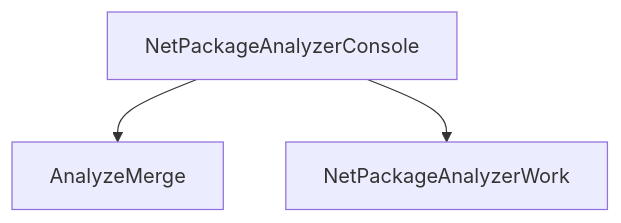
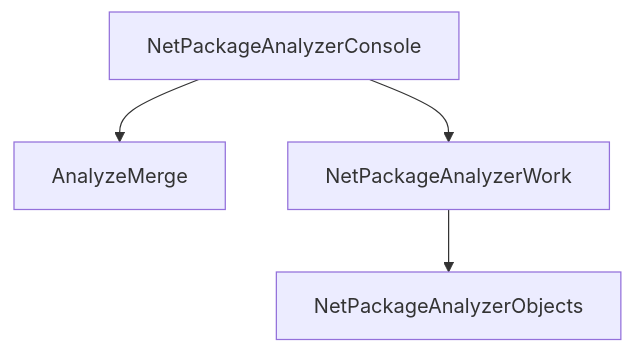
One commit to ignatandrei/PackageAnalyzer changed the second of 2 diagrams in src/documentation/docs/Analysis/NetPackageAnalyzer/ProjectRelation.md. Above: the diagram before and after it, drawn with Mermaid. The commit also changed other lines of this file and 31 other files, not shown here.

````diff
--- a/src/documentation/docs/Analysis/NetPackageAnalyzer/ProjectRelation.md
+++ b/src/documentation/docs/Analysis/NetPackageAnalyzer/ProjectRelation.md
@@ -23,24 +27,35 @@
 ```mermaid
 graph TB
 
 
 
 
 %% start project reference AnalyzeMerge/AnalyzeMerge.csproj
 
 
 
 %% start project reference NetPackageAnalyzerConsole/NetPackageAnalyzerConsole.csproj
 
 
 NetPackageAnalyzerConsole-->AnalyzeMerge
 
 
 NetPackageAnalyzerConsole-->NetPackageAnalyzerWork
 
 
 
+%% start project reference NetPackageAnalyzerDocusaurus/NetPackageAnalyzerDocusaurus.csproj
+
+
+
+%% start project reference NetPackageAnalyzerObjects/NetPackageAnalyzerObjects.csproj
+
+
+
 %% start project reference NetPackageAnalyzerWork/NetPackageAnalyzerWork.csproj
 
 
+NetPackageAnalyzerWork-->NetPackageAnalyzerObjects
+
+
 ```
````
